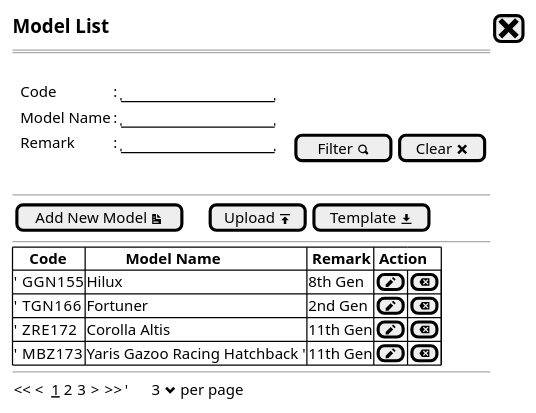
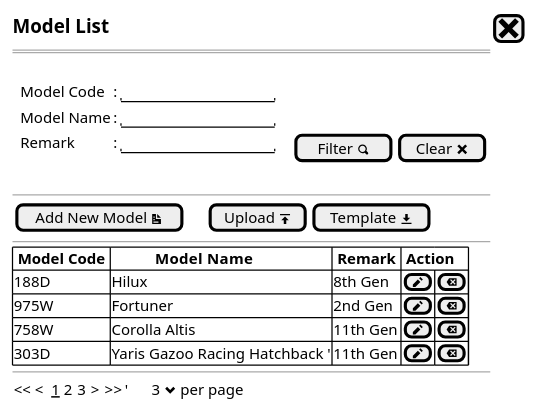
One commit to ari-fikri/packing-cost-mockup changed the diagram in Model/model - newstep0b.puml. Above: the diagram before and after it, drawn with PlantUML. The commit also changed 5 other files, not shown here.

Commit message:
- rename code menjadi model code - rename name menjadi model name - update ouput di grid view menggunakan data real

```diff
--- a/Model/model - newstep0b.puml
+++ b/Model/model - newstep0b.puml
@@ -1,30 +1,30 @@
 @startsalt
 {
   <size:15><b>Model List |[<size:25><&x>]|*
   ==
   .
   {
-      .|Code        |: |"               "|*
+      .|Model Code        |: |"               "|*
       .|Model Name  |: |"               "|*
       .|Remark      |: |"               "|.|.|[Filter <&magnifying-glass>]| [Clear <&x>]|*
   }
   .
   --
   {
   [Add New Model <&document>]|.|.|.|[Upload <&data-transfer-upload>]| [Template <&data-transfer-download>]|* 
   }
   --
   {#
-    |<b>    Code |<b>          Model Name        |<b> Remark |<b> Action |*|*|*
-    |'  GGN155   | Hilux                         | 8th Gen       |[<&pencil>]|[<&delete>]|*
-    |'  TGN166   | Fortuner                      | 2nd Gen       |[<&pencil>]|[<&delete>]|*
-    |'  ZRE172   | Corolla Altis                 | 11th Gen      |[<&pencil>]|[<&delete>]|*
-    |'  MBZ173   | Yaris Gazoo Racing Hatchback '| 11th Gen      |[<&pencil>]|[<&delete>]|*    
+    |<b> Model Code |<b>            Model Name      |<b> Remark     |<b> Action |*|*|*
+    |  188D         | Hilux                         | 8th Gen       |[<&pencil>]|[<&delete>]|*
+    |  975W         | Fortuner                      | 2nd Gen       |[<&pencil>]|[<&delete>]|*
+    |  758W         | Corolla Altis                 | 11th Gen      |[<&pencil>]|[<&delete>]|*
+    |  303D         | Yaris Gazoo Racing Hatchback '| 11th Gen      |[<&pencil>]|[<&delete>]|*    
   }
   --
   {
   << <  __1__ 2 3  > >>  |'      3 <&chevron-bottom> per page |*
   }
 
 }
 @endsalt
```
